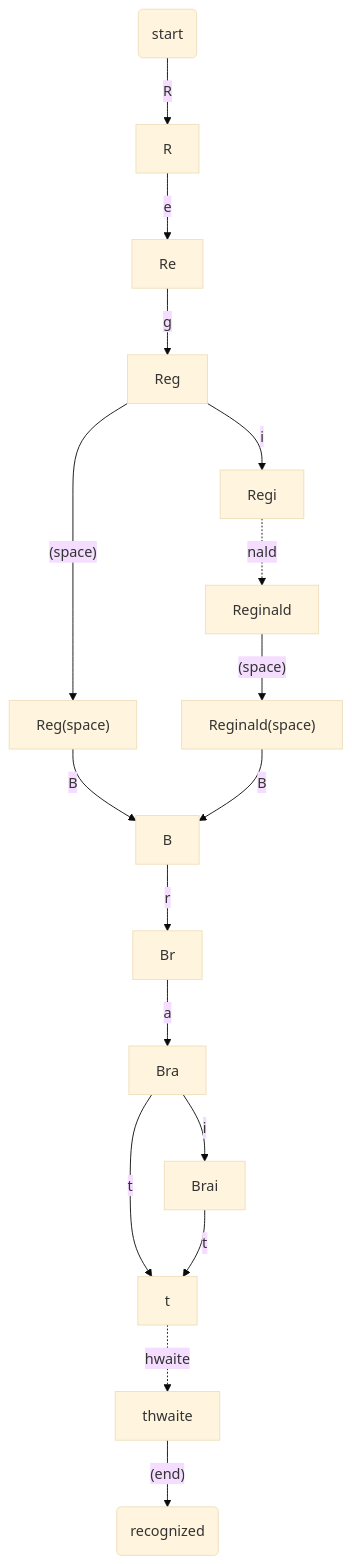
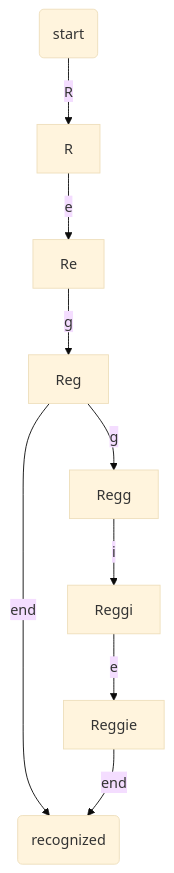
Before and after one commit to raganwald/raganwald.github.com: the first of 2 diagrams in _posts/2019-02-14-i-love-programming-and-programmers.md, drawn with Mermaid (base theme). The commit also changed other lines of this file, not shown here.

```diff
--- a/_posts/2019-02-14-i-love-programming-and-programmers.md
+++ b/_posts/2019-02-14-i-love-programming-and-programmers.md
@@ -66,20 +66,14 @@
 <div class="mermaid">
   graph TD
     start(start)-->|R|R
     R-->|e|Re
     Re-->|g|Reg
-    Reg-->|i|Regi
-    Reg-->|"(space)"|RegSpace["Reg(space)"]
-    RegSpace-->|B|B
-    Regi-.->|nald|Reginald
-    Reginald-->|"(space)"|ReginaldSpace["Reginald(space)"]
-    ReginaldSpace-->|B|B
 
-    B-->|r|Br
-    Br-->|a|Bra
-    Bra-->|i|Brai
-    Bra-->|t|t
-    Brai-->|t|t
-    t-.->|hwaite|thwaite
-    thwaite-->|"(end)"|recognized(recognized);
+    Reg-->|end|recognized(recognized)
+
+    Reg-->|g|Regg
+    Regg-->|i|Reggi
+    Reggi-->|e|Reggie
+
+    Reggie-->|end|recognized;
 </div>
```
